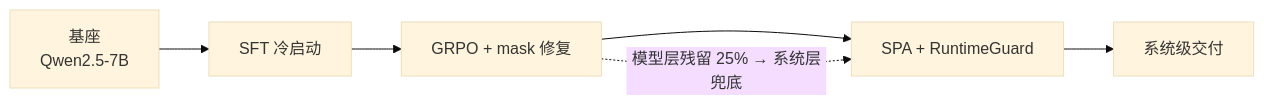
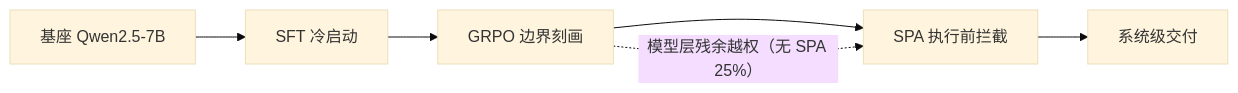
Before and after one commit to autumnieave/lite-coding-agent: the diagram in README.md, drawn with Mermaid (base theme). The commit also changed other lines of this file, not shown here.

````diff
--- a/README.md
+++ b/README.md
@@ -48,8 +36,8 @@
 ```mermaid
 flowchart LR
-    A[基座<br/>Qwen2.5-7B] --> B[SFT 冷启动]
-    B --> C[GRPO + mask 修复]
-    C --> D[SPA + RuntimeGuard]
+    A[基座 Qwen2.5-7B] --> B[SFT 冷启动]
+    B --> C[GRPO 边界刻画]
+    C --> D[SPA 执行前拦截]
     D --> E[系统级交付]
-    C -. 模型层残留 25% → 系统层兜底 .-> D
+    C -. 模型层残余越权（无 SPA 25%） .-> D
 ```
````
